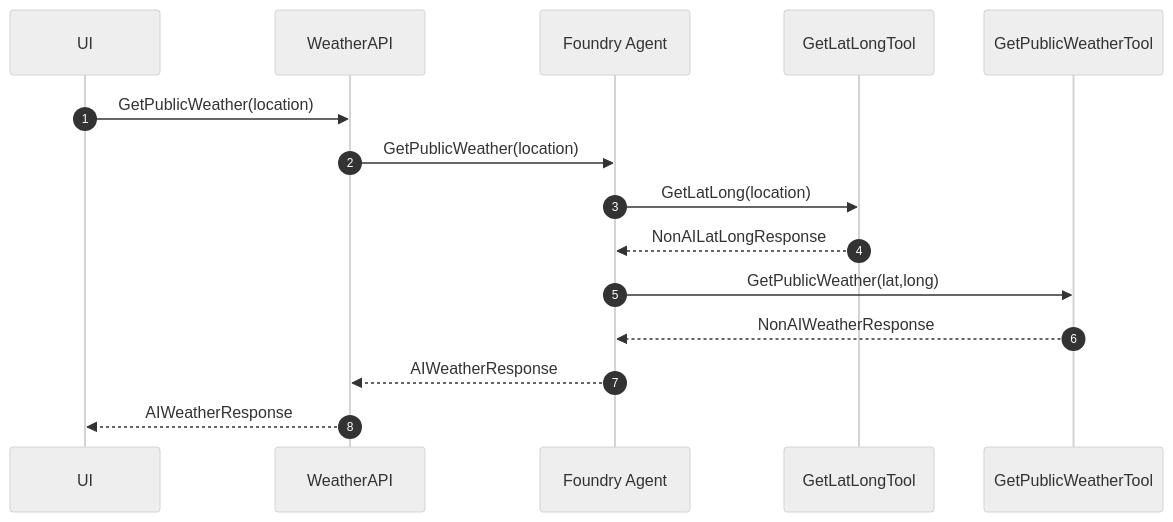
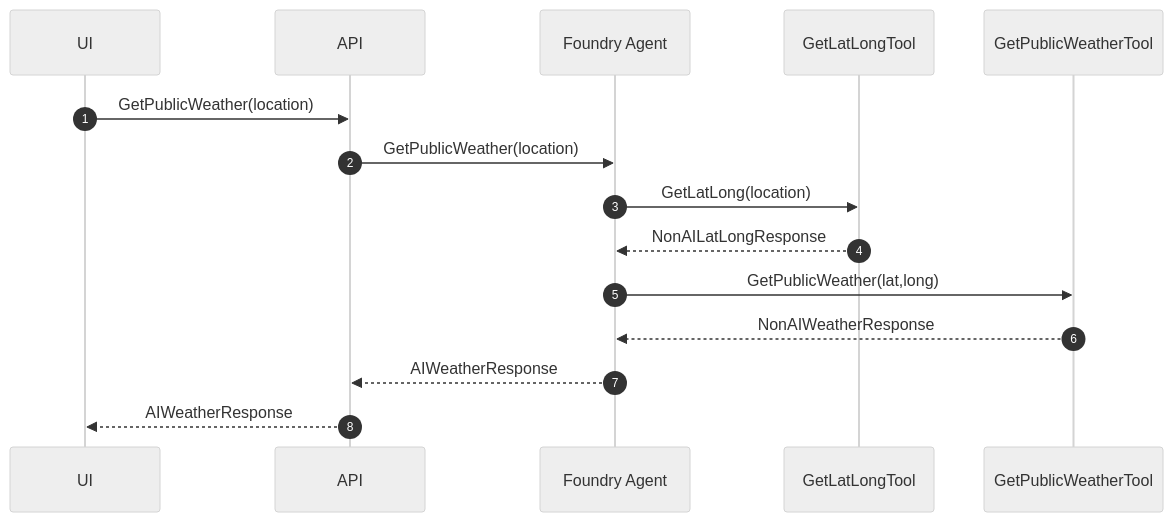
Before and after one commit to dustinkorzaan/weather-1116: the second of 2 diagrams in docs/3-foundry-mcp/agents-models-mcp.md, drawn with Mermaid (neutral theme). The commit also changed other lines of this file, not shown here.

Commit message:
Rename WeatherAPI to API in V3 and V4 sequence diagrams

````diff
--- a/docs/3-foundry-mcp/agents-models-mcp.md
+++ b/docs/3-foundry-mcp/agents-models-mcp.md
@@ -85,18 +85,18 @@
   ```mermaid
   sequenceDiagram
       autonumber
       participant UI
-      participant API as WeatherAPI
+      participant API
       participant Agent as Foundry Agent
       participant GetLatLongTool
       participant GetPublicWeatherTool
 
       UI->>API: GetPublicWeather(location)
       API->>Agent: GetPublicWeather(location)
       Agent->>GetLatLongTool: GetLatLong(location)
       GetLatLongTool-->>Agent: NonAILatLongResponse
       Agent->>GetPublicWeatherTool: GetPublicWeather(lat,long)
       GetPublicWeatherTool-->>Agent: NonAIWeatherResponse
       Agent-->>API: AIWeatherResponse
       API-->>UI: AIWeatherResponse
   ```
````
